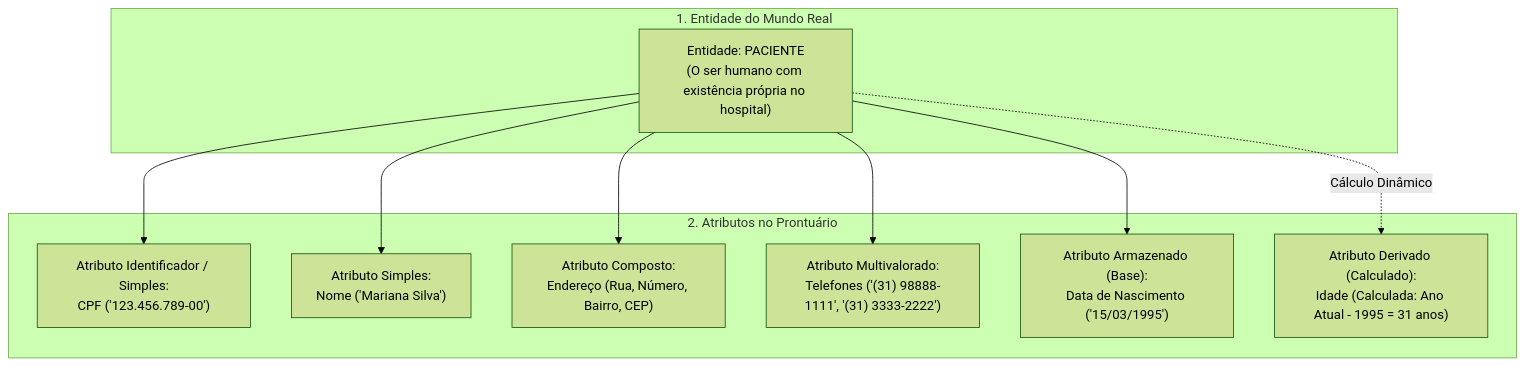
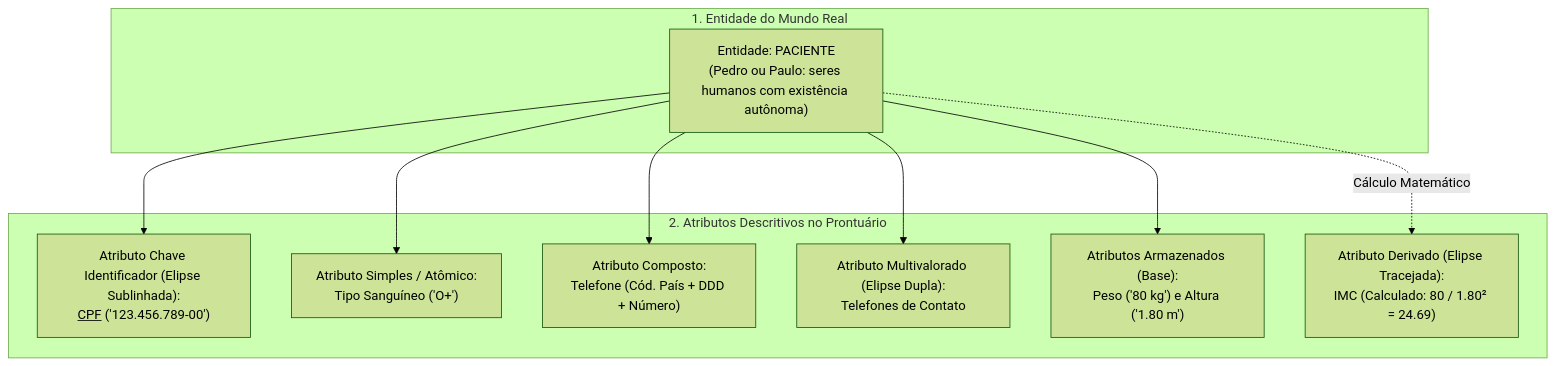
The second of 7 diagrams in 02. Modelagem de Dados/05. Modelagem de entidades e tipos de atributos.md (leorruas/puc), drawn with Mermaid (forest theme) before and after one commit. The commit also changed other lines of this file and 1 other file, not shown here.

Commit message:
feat(modelagem-dados): integrate user lecture notes on entity/attribute modeling, Chen vs James Martin, key types and IMC example into article 05

````diff
--- a/02. Modelagem de Dados/05. Modelagem de entidades e tipos de atributos.md
+++ b/02. Modelagem de Dados/05. Modelagem de entidades e tipos de atributos.md
@@ -43,22 +67,22 @@
 ```mermaid
 flowchart TD
     subgraph SubgraphMundoReal["1. Entidade do Mundo Real"]
-        Paciente["Entidade: PACIENTE<br>(O ser humano com existência própria no hospital)"]
+        Paciente["Entidade: PACIENTE<br>(Pedro ou Paulo: seres humanos com existência autônoma)"]
     end
 
-    subgraph SubgraphAtributos["2. Atributos no Prontuário"]
-        Cpf["Atributo Identificador / Simples:<br>CPF ('123.456.789-00')"]
-        Nome["Atributo Simples:<br>Nome ('Mariana Silva')"]
-        End["Atributo Composto:<br>Endereço (Rua, Número, Bairro, CEP)"]
-        Tel["Atributo Multivalorado:<br>Telefones ('(31) 98888-1111', '(31) 3333-2222')"]
-        Nasc["Atributo Armazenado (Base):<br>Data de Nascimento ('15/03/1995')"]
-        Idade["Atributo Derivado (Calculado):<br>Idade (Calculada: Ano Atual - 1995 = 31 anos)"]
+    subgraph SubgraphAtributos["2. Atributos Descritivos no Prontuário"]
+        Cpf["Atributo Chave Identificador (Elipse Sublinhada):<br><u>CPF</u> ('123.456.789-00')"]
+        Sangue["Atributo Simples / Atômico:<br>Tipo Sanguíneo ('O+')"]
+        Tel["Atributo Composto:<br>Telefone (Cód. País + DDD + Número)"]
+        Tels["Atributo Multivalorado (Elipse Dupla):<br>Telefones de Contato"]
+        PesoAlt["Atributos Armazenados (Base):<br>Peso ('80 kg') e Altura ('1.80 m')"]
+        Imc["Atributo Derivado (Elipse Tracejada):<br>IMC (Calculado: 80 / 1.80² = 24.69)"]
     end
 
     Paciente --> Cpf
-    Paciente --> Nome
-    Paciente --> End
+    Paciente --> Sangue
     Paciente --> Tel
-    Paciente --> Nasc
-    Paciente -.->|"Cálculo Dinâmico"| Idade
+    Paciente --> Tels
+    Paciente --> PesoAlt
+    Paciente -.->|"Cálculo Matemático"| Imc
 ```
````
